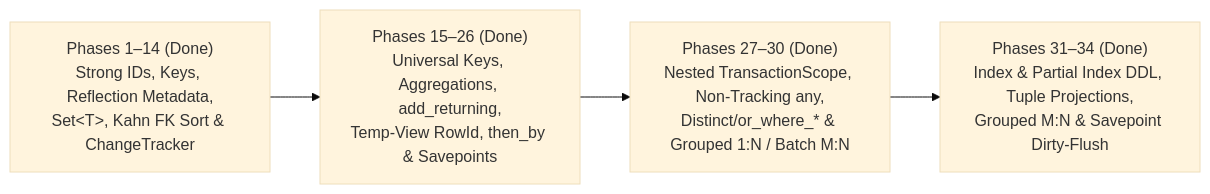
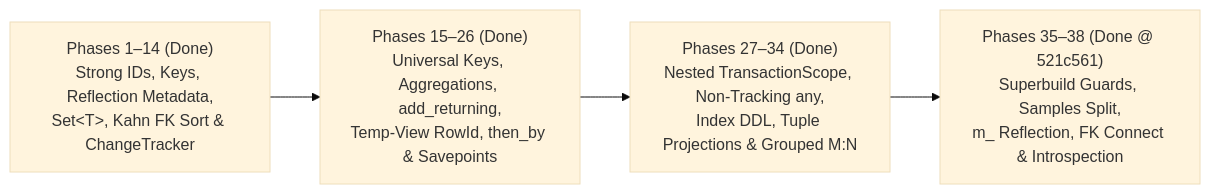
One commit to mythrz/CodeFirstCppDB_sqlgen changed the first of 2 diagrams in readme4.md. Above: the diagram before and after it, drawn with Mermaid (base theme). The commit also changed other lines of this file, not shown here.

````diff
--- a/readme4.md
+++ b/readme4.md
@@ -205,6 +211,6 @@
 ```mermaid
 flowchart LR
     P114["Phases 1–14 (Done)<br/>Strong IDs, Keys, Reflection Metadata,<br/>Set&lt;T&gt;, Kahn FK Sort &amp; ChangeTracker"] --> P1526["Phases 15–26 (Done)<br/>Universal Keys, Aggregations, add_returning,<br/>Temp-View RowId, then_by &amp; Savepoints"]
-    P1526 --> P2730["Phases 27–30 (Done)<br/>Nested TransactionScope, Non-Tracking any,<br/>Distinct/or_where_* &amp; Grouped 1:N / Batch M:N"]
-    P2730 --> P3134["Phases 31–34 (Done)<br/>Index &amp; Partial Index DDL, Tuple Projections,<br/>Grouped M:N &amp; Savepoint Dirty-Flush"]
+    P1526 --> P2734["Phases 27–34 (Done)<br/>Nested TransactionScope, Non-Tracking any,<br/>Index DDL, Tuple Projections &amp; Grouped M:N"]
+    P2734 --> P3538["Phases 35–38 (Done @ 521c561)<br/>Superbuild Guards, Samples Split,<br/>m_ Reflection, FK Connect &amp; Introspection"]
 ```
````
